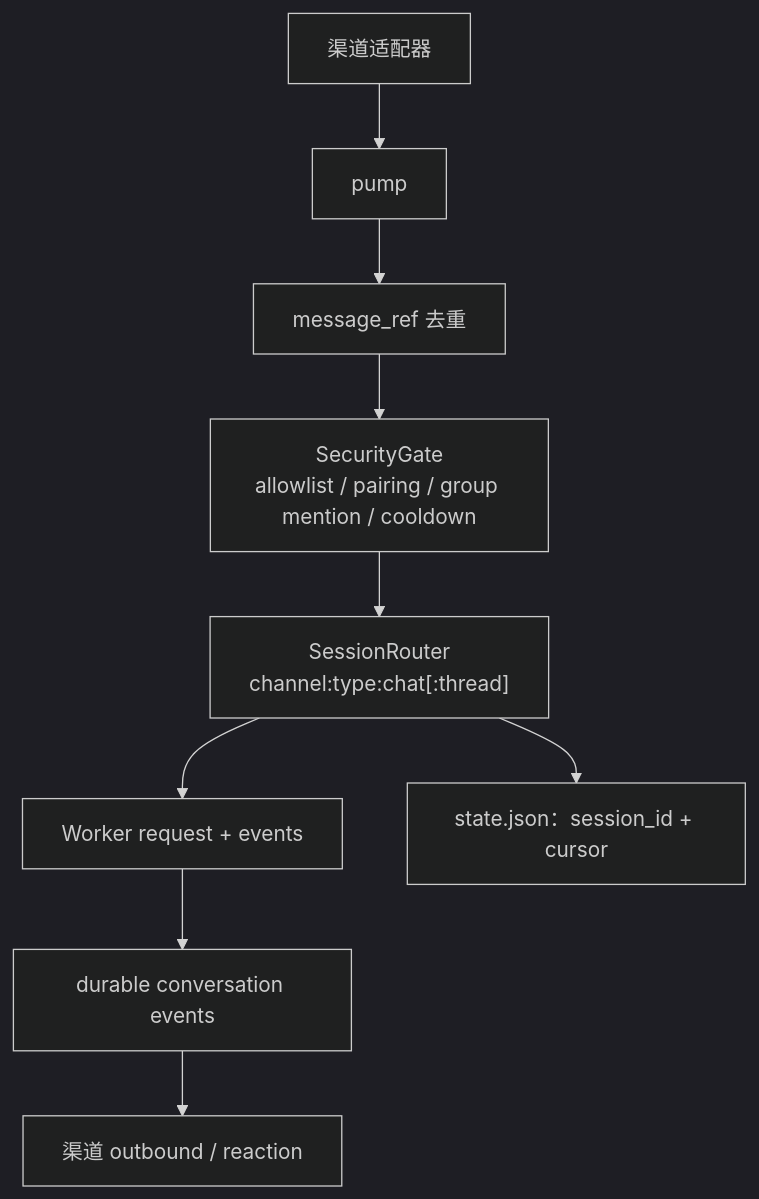
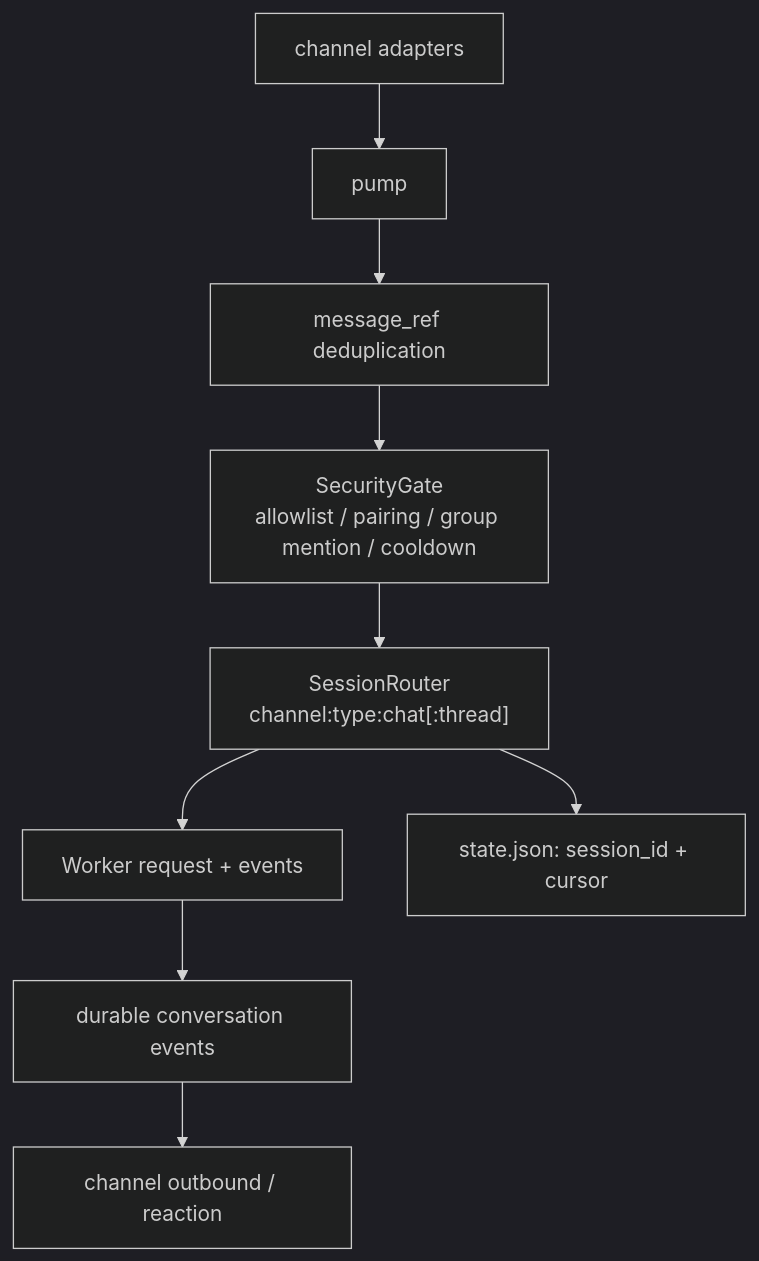
The diagram in docs/internals/07-surfaces/gateway.md (Azzurroooo/rind), drawn with Mermaid (dark theme) before and after one commit. The commit also changed other lines of this file and 109 other files, not shown here.

```diff
--- a/docs/internals/07-surfaces/gateway.md
+++ b/docs/internals/07-surfaces/gateway.md
@@ -5,11 +7,11 @@
 ~~~mermaid
 flowchart TB
-    C["渠道适配器"] --> P["pump"]
-    P --> D["message_ref 去重"]
+    C["channel adapters"] --> P["pump"]
+    P --> D["message_ref deduplication"]
     D --> S["SecurityGate<br/>allowlist / pairing / group mention / cooldown"]
     S --> R["SessionRouter<br/>channel:type:chat[:thread]"]
     R --> W["Worker request + events"]
     W --> E["durable conversation events"]
-    E --> O["渠道 outbound / reaction"]
-    R --> F["state.json：session_id + cursor"]
+    E --> O["channel outbound / reaction"]
+    R --> F["state.json: session_id + cursor"]
 ~~~
```
